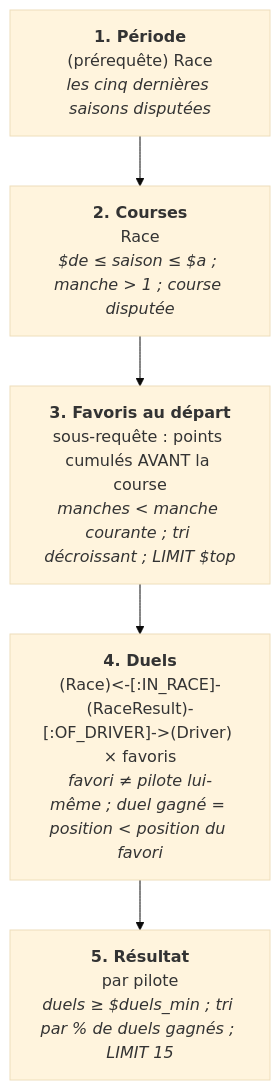
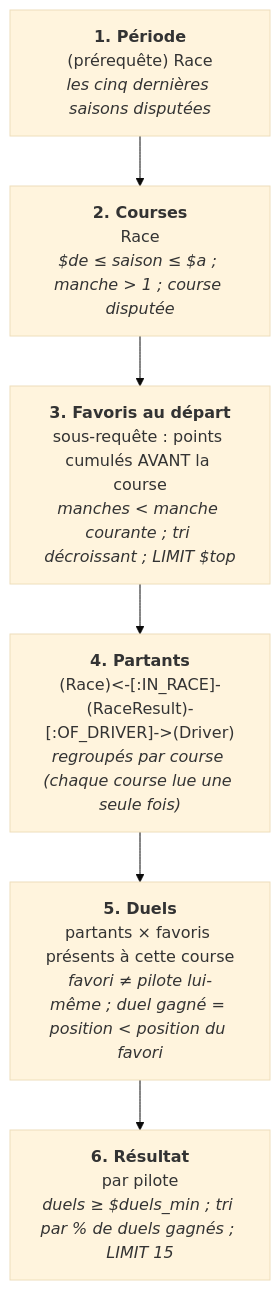
One commit to lanfr144/f1-graph changed the seventh of 14 diagrams in docs/explication-requetes.md. Above: the diagram before and after it, drawn with Mermaid (base theme). The commit also changed other lines of this file and 9 other files, not shown here.

````diff
--- a/docs/explication-requetes.md
+++ b/docs/explication-requetes.md
@@ -247,12 +248,14 @@
 ```mermaid
 flowchart TD
   E1["<b>1. Période</b><br/>(prérequête) Race<br/><i>les cinq dernières saisons disputées</i>"]
   E2["<b>2. Courses</b><br/>Race<br/><i>$de ≤ saison ≤ $a ; manche #gt; 1 ; course disputée</i>"]
   E1 --> E2
   E3["<b>3. Favoris au départ</b><br/>sous-requête : points cumulés AVANT la course<br/><i>manches #lt; manche courante ; tri décroissant ; LIMIT $top</i>"]
   E2 --> E3
-  E4["<b>4. Duels</b><br/>(Race)#lt;-[:IN_RACE]-(RaceResult)-[:OF_DRIVER]-#gt;(Driver) × favoris<br/><i>favori ≠ pilote lui-même ; duel gagné = position #lt; position du favori</i>"]
+  E4["<b>4. Partants</b><br/>(Race)#lt;-[:IN_RACE]-(RaceResult)-[:OF_DRIVER]-#gt;(Driver)<br/><i>regroupés par course (chaque course lue une seule fois)</i>"]
   E3 --> E4
-  E5["<b>5. Résultat</b><br/>par pilote<br/><i>duels ≥ $duels_min ; tri par % de duels gagnés ; LIMIT 15</i>"]
+  E5["<b>5. Duels</b><br/>partants × favoris présents à cette course<br/><i>favori ≠ pilote lui-même ; duel gagné = position #lt; position du favori</i>"]
   E4 --> E5
+  E6["<b>6. Résultat</b><br/>par pilote<br/><i>duels ≥ $duels_min ; tri par % de duels gagnés ; LIMIT 15</i>"]
+  E5 --> E6
 ```
````
